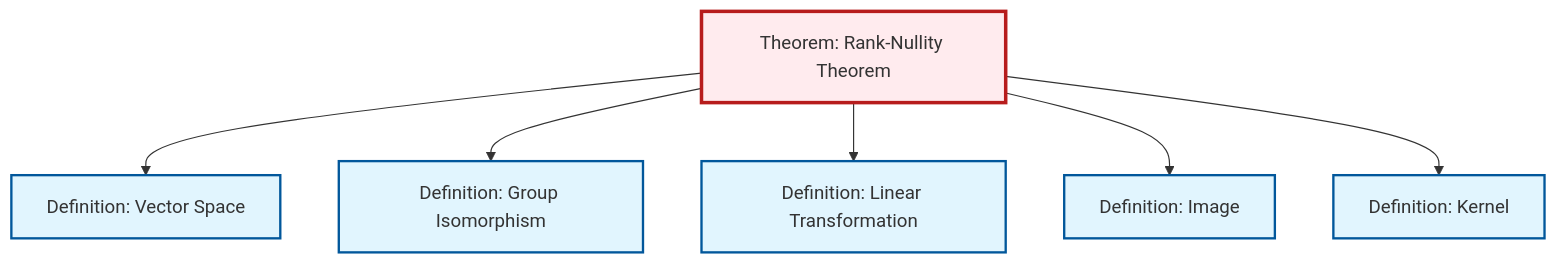
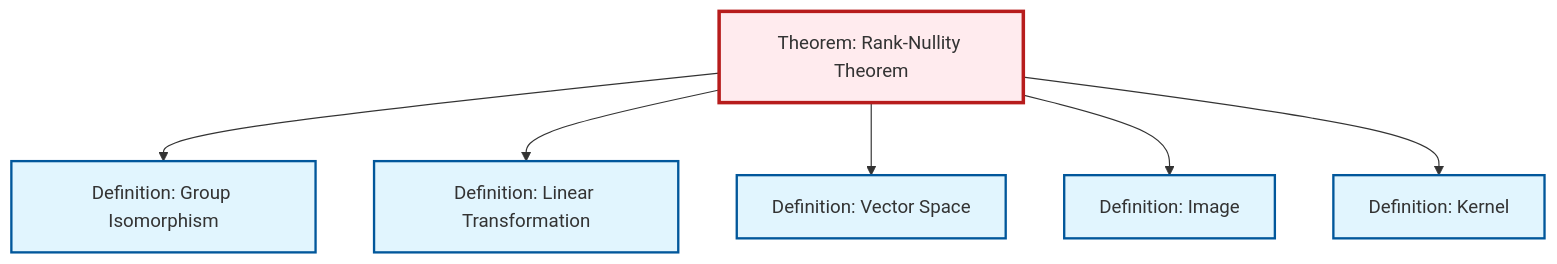
One commit to RK0429/ModernMath changed the diagram in content/ja/algebra/thm-rank-nullity.qmd. Above: the diagram before and after it, drawn with Mermaid. The commit also changed other lines of this file and 634 other files, not shown here.

````diff
--- a/content/ja/algebra/thm-rank-nullity.qmd
+++ b/content/ja/algebra/thm-rank-nullity.qmd
@@ -57,26 +57,26 @@
 ```{mermaid}
 %%| fig-cap: "Local dependency graph"
 graph TD
     classDef definition fill:#e1f5fe,stroke:#01579b,stroke-width:2px
     classDef theorem fill:#f3e5f5,stroke:#4a148c,stroke-width:2px
     classDef axiom fill:#fff3e0,stroke:#e65100,stroke-width:2px
     classDef example fill:#e8f5e9,stroke:#1b5e20,stroke-width:2px
     classDef current fill:#ffebee,stroke:#b71c1c,stroke-width:3px
+    thm-rank-nullity["Theorem: Rank-Nullity Theorem"]:::theorem
+    def-image["Definition: Image"]:::definition
+    def-isomorphism["Definition: Group Isomorphism"]:::definition
+    def-linear-transformation["Definition: Linear Transformation"]:::definition
     def-kernel["Definition: Kernel"]:::definition
-    def-linear-transformation["Definition: Linear Transformation"]:::definition
-    thm-rank-nullity["Theorem: Rank-Nullity Theorem"]:::theorem
-    def-isomorphism["Definition: Group Isomorphism"]:::definition
-    def-image["Definition: Image"]:::definition
     def-vector-space["Definition: Vector Space"]:::definition
-    thm-rank-nullity --> def-vector-space
     thm-rank-nullity --> def-isomorphism
     thm-rank-nullity --> def-linear-transformation
+    thm-rank-nullity --> def-vector-space
     thm-rank-nullity --> def-image
     thm-rank-nullity --> def-kernel
     class thm-rank-nullity current
+    click def-image "def-image.html" "Definition: Imageへ"
+    click def-isomorphism "def-isomorphism.html" "Definition: Group Isomorphismへ"
+    click def-linear-transformation "def-linear-transformation.html" "Definition: Linear Transformationへ"
     click def-kernel "def-kernel.html" "Definition: Kernelへ"
-    click def-linear-transformation "def-linear-transformation.html" "Definition: Linear Transformationへ"
-    click def-isomorphism "def-isomorphism.html" "Definition: Group Isomorphismへ"
-    click def-image "def-image.html" "Definition: Imageへ"
     click def-vector-space "def-vector-space.html" "Definition: Vector Spaceへ"
 ```
````
